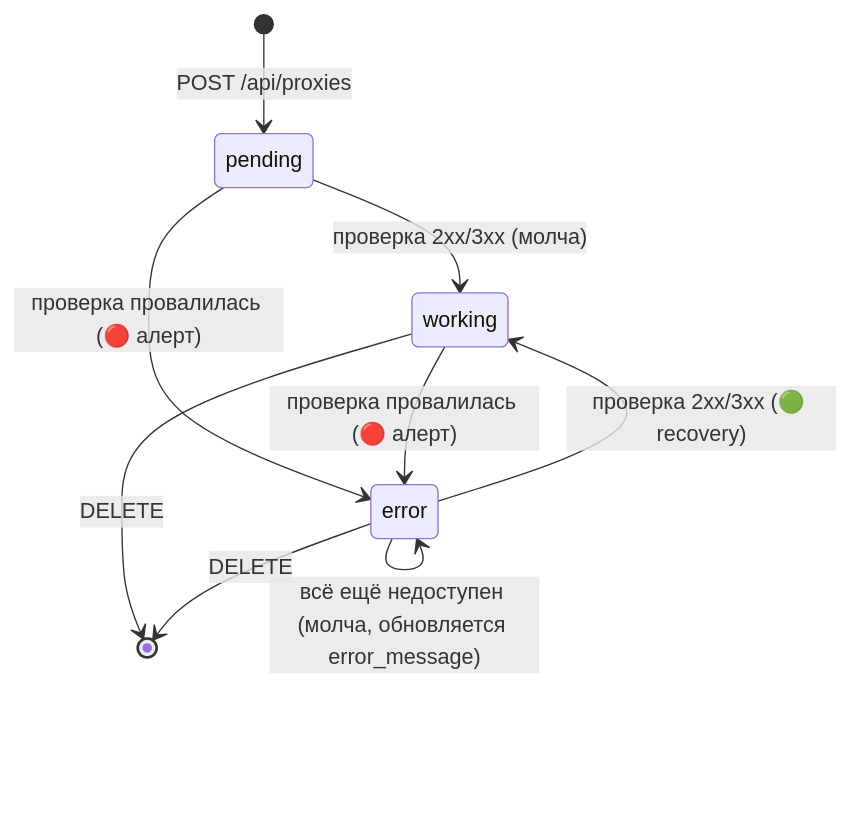
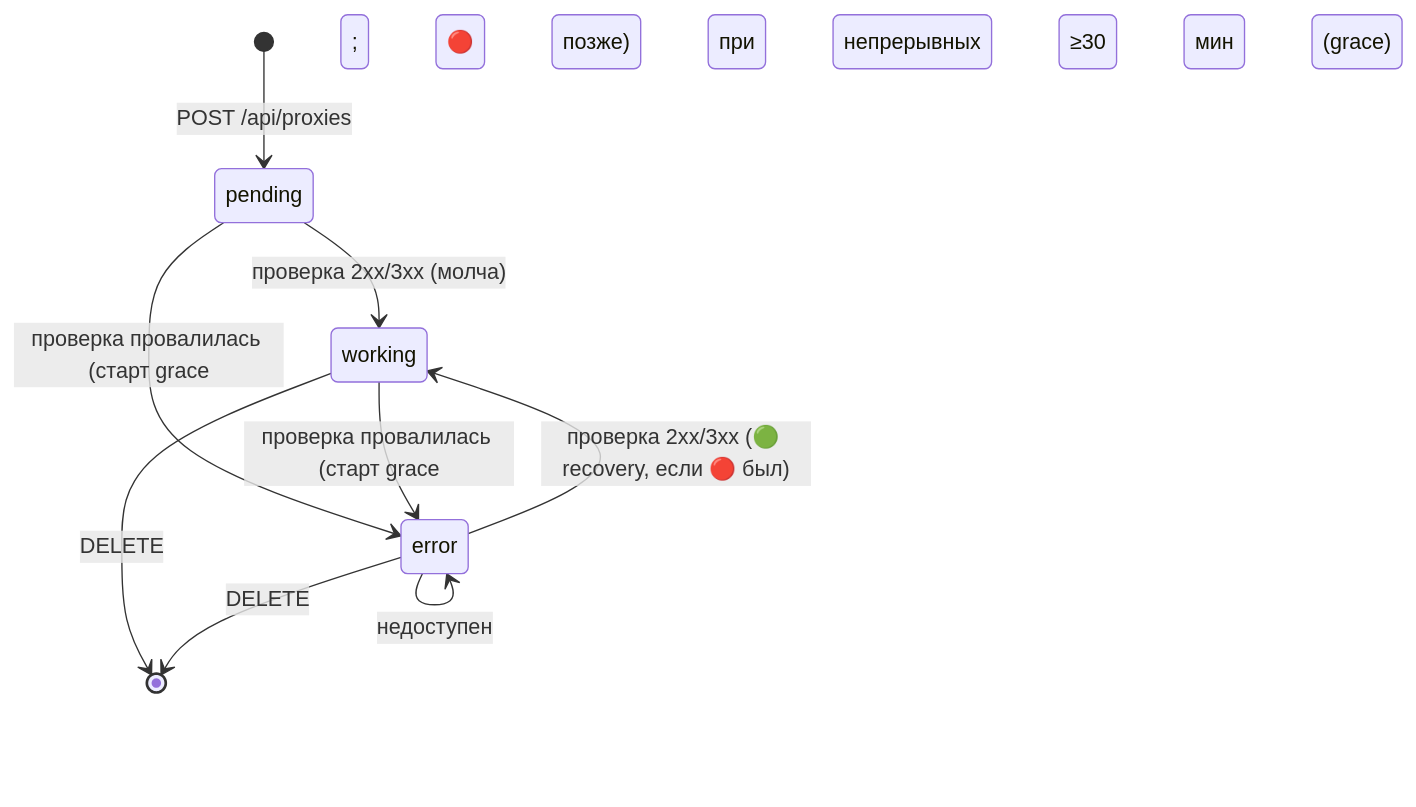
The fourth of 6 diagrams in docs/03-data-model.md (eliseiv/broad-crm), drawn with Mermaid before and after one commit. The commit also changed other lines of this file and 56 other files, not shown here.

First line of the commit message:
feat: proxy grace-алерт + тристатус входа + login-flow/UI-полировка (ADR-027..029)

````diff
--- a/docs/03-data-model.md
+++ b/docs/03-data-model.md
@@ -288,11 +294,11 @@
 ```mermaid
 stateDiagram-v2
     [*] --> pending: POST /api/proxies
     pending --> working: проверка 2xx/3xx (молча)
-    pending --> error: проверка провалилась (🔴 алерт)
-    working --> error: проверка провалилась (🔴 алерт)
-    error --> working: проверка 2xx/3xx (🟢 recovery)
-    error --> error: всё ещё недоступен (молча, обновляется error_message)
+    pending --> error: проверка провалилась (старт grace; 🔴 позже)
+    working --> error: проверка провалилась (старт grace; 🔴 позже)
+    error --> working: проверка 2xx/3xx (🟢 recovery, если 🔴 был)
+    error --> error: недоступен; 🔴 при непрерывных ≥30 мин (grace)
     working --> [*]: DELETE
     error --> [*]: DELETE
 ```
````
